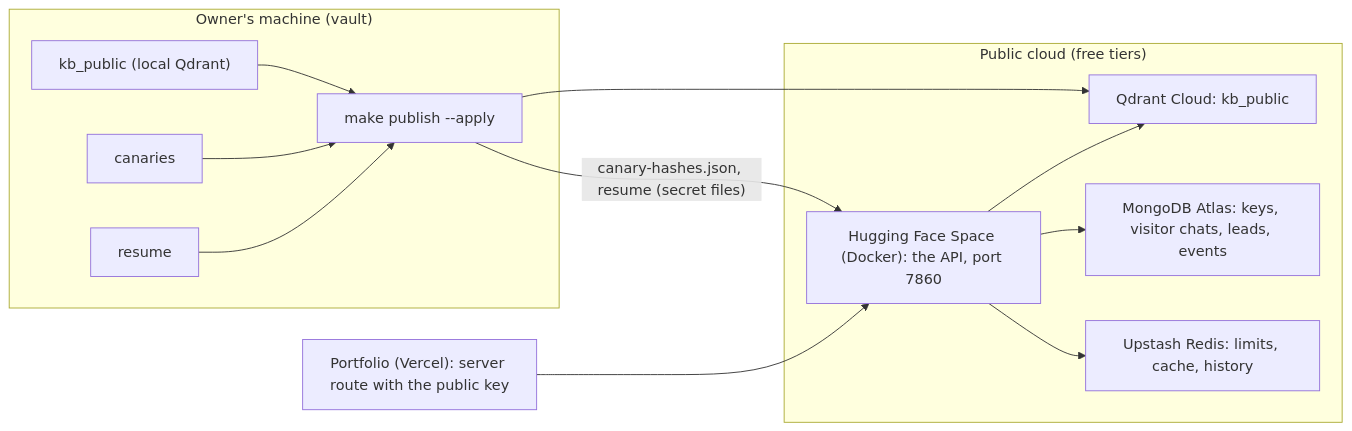
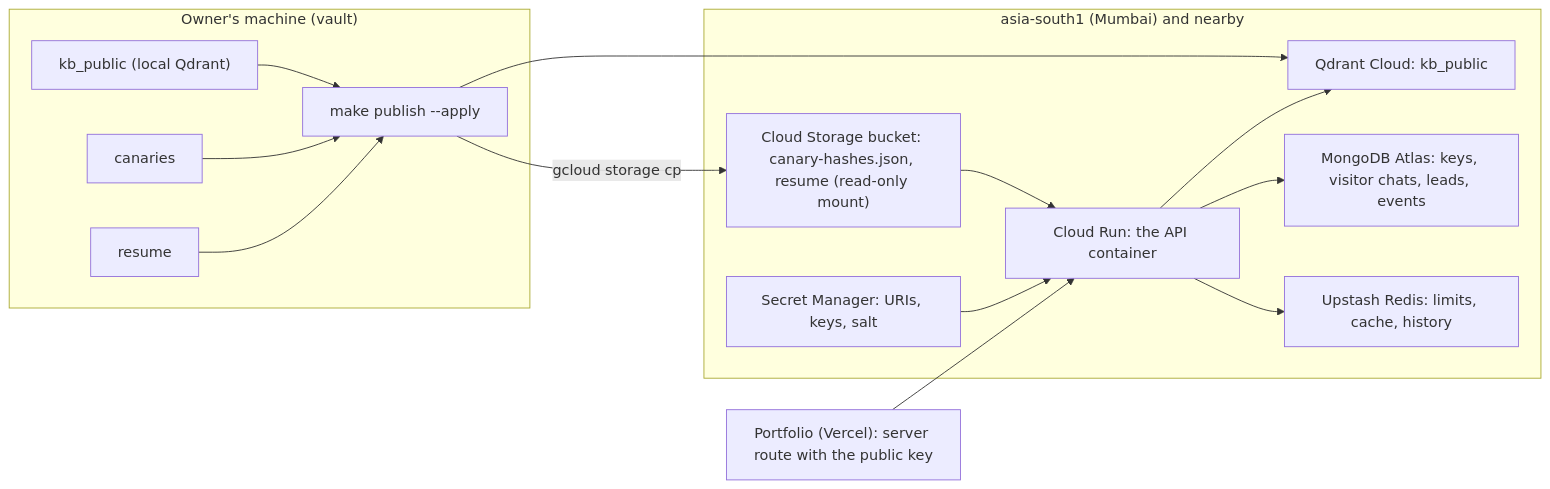
One commit to suryaprakashgiri01/ai-twin changed the diagram in docs/deploy-public.md. Above: the diagram before and after it, drawn with Mermaid. The commit also changed other lines of this file and 3 other files, not shown here.

First line of the commit message:
fix(deploy): target Google Cloud Run in asia-south1, not Hugging Face Spaces

````diff
--- a/docs/deploy-public.md
+++ b/docs/deploy-public.md
@@ -6,22 +6,26 @@
 ```mermaid
 flowchart LR
     subgraph vault["Owner's machine (vault)"]
         kb["kb_public (local Qdrant)"]
         can["canaries"]
         res["resume"]
         pub["make publish --apply"]
     end
-    subgraph cloud["Public cloud (free tiers)"]
+    subgraph cloud["asia-south1 (Mumbai) and nearby"]
+        run["Cloud Run: the API container"]
+        gcs["Cloud Storage bucket: canary-hashes.json, resume (read-only mount)"]
+        sm["Secret Manager: URIs, keys, salt"]
         q["Qdrant Cloud: kb_public"]
         m["MongoDB Atlas: keys, visitor chats, leads, events"]
         r["Upstash Redis: limits, cache, history"]
-        space["Hugging Face Space (Docker): the API, port 7860"]
     end
     portfolio["Portfolio (Vercel): server route with the public key"]
     kb --> pub --> q
     can --> pub
     res --> pub
-    pub -->|"canary-hashes.json, resume (secret files)"| space
-    space --> q & m & r
-    portfolio --> space
+    pub -->|"gcloud storage cp"| gcs
+    gcs --> run
+    sm --> run
+    run --> q & m & r
+    portfolio --> run
 ```
````
